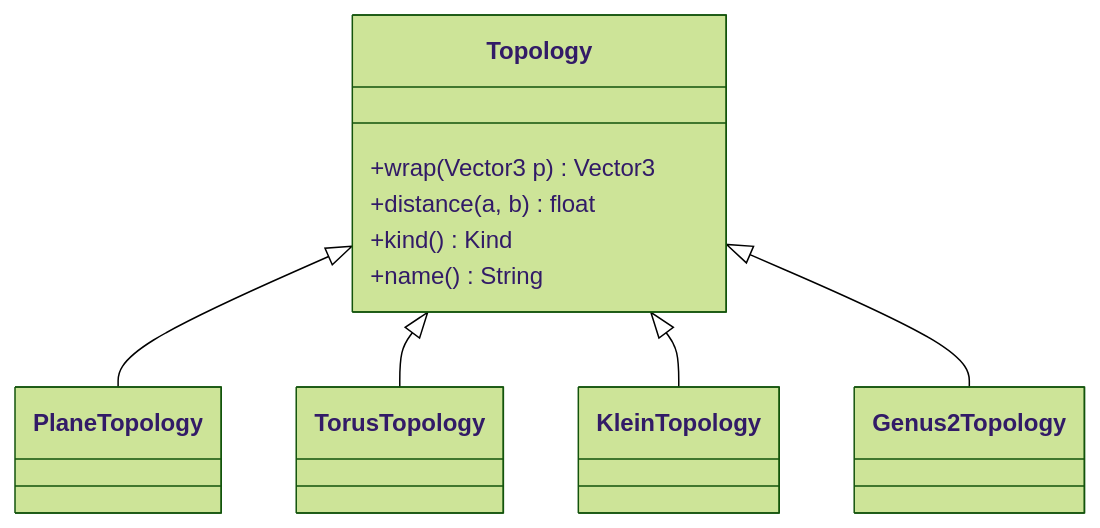
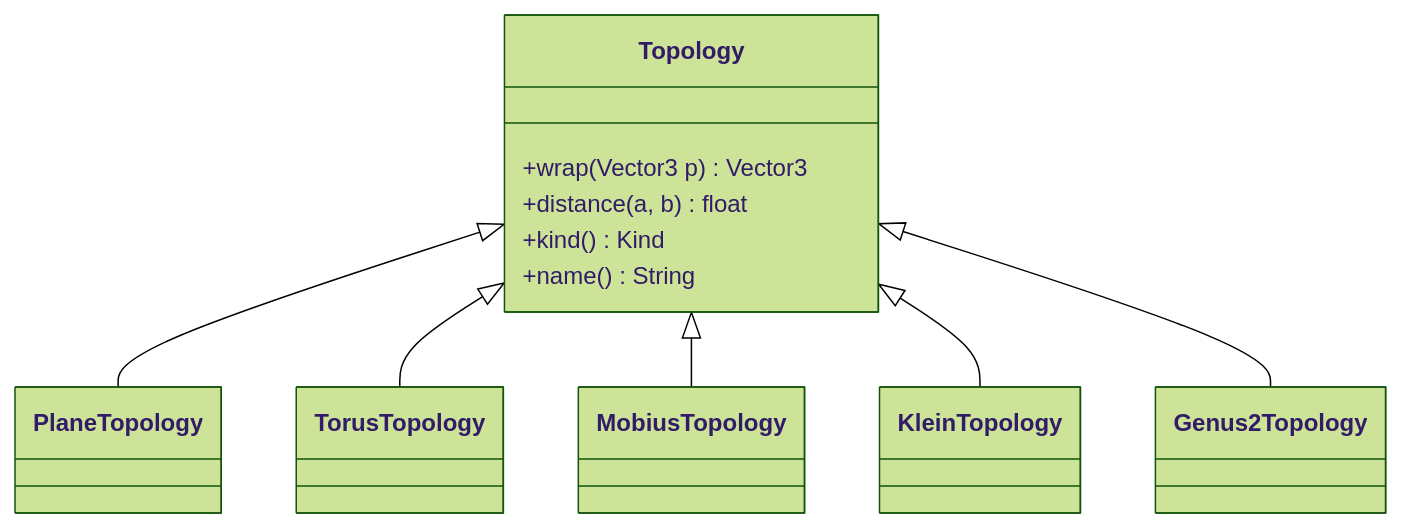
One commit to sean-reid/clowns-and-mimes changed the second of 9 diagrams in docs/ARCHITECTURE.md. Above: the diagram before and after it, drawn with Mermaid (forest theme). The commit also changed other lines of this file and 11 other files, not shown here.

````diff
--- a/docs/ARCHITECTURE.md
+++ b/docs/ARCHITECTURE.md
@@ -138,13 +138,14 @@
 ```mermaid
 classDiagram
   class Topology {
     +wrap(Vector3 p) Vector3
     +distance(a, b) float
     +kind() Kind
     +name() String
   }
   Topology <|-- PlaneTopology
   Topology <|-- TorusTopology
+  Topology <|-- MobiusTopology
   Topology <|-- KleinTopology
   Topology <|-- Genus2Topology
 ```
````
